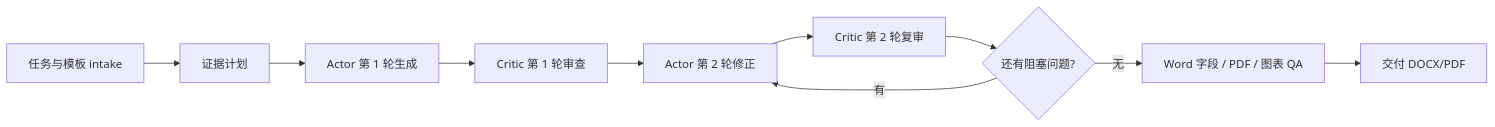
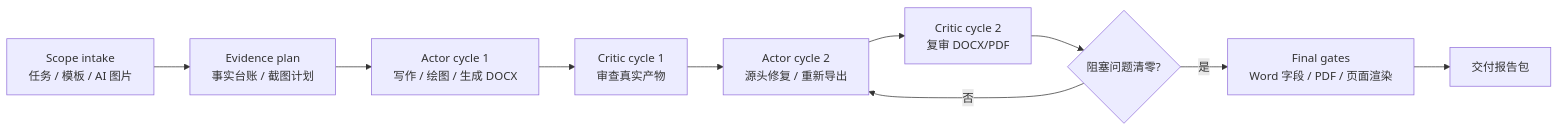
One commit to xyzxyq/docx-course-report-writer changed the diagram in README.md. Above: the diagram before and after it, drawn with Mermaid. The commit also changed other lines of this file and 5 other files, not shown here.

````diff
--- a/README.md
+++ b/README.md
@@ -129,12 +133,12 @@
 ```mermaid
 flowchart LR
-  A["任务与模板 intake"] --> B["证据计划"]
-  B --> C["Actor 第 1 轮生成"]
-  C --> D["Critic 第 1 轮审查"]
-  D --> E["Actor 第 2 轮修正"]
-  E --> F["Critic 第 2 轮复审"]
-  F --> G{"还有阻塞问题?"}
-  G -- "有" --> E
-  G -- "无" --> H["Word 字段 / PDF / 图表 QA"]
-  H --> I["交付 DOCX/PDF"]
+  A["Scope intake<br/>任务 / 模板 / AI 图片"] --> B["Evidence plan<br/>事实台账 / 截图计划"]
+  B --> C["Actor cycle 1<br/>写作 / 绘图 / 生成 DOCX"]
+  C --> D["Critic cycle 1<br/>审查真实产物"]
+  D --> E["Actor cycle 2<br/>源头修复 / 重新导出"]
+  E --> F["Critic cycle 2<br/>复审 DOCX/PDF"]
+  F --> G{"阻塞问题清零?"}
+  G -- "否" --> E
+  G -- "是" --> H["Final gates<br/>Word 字段 / PDF / 页面渲染"]
+  H --> I["交付报告包"]
 ```
````
